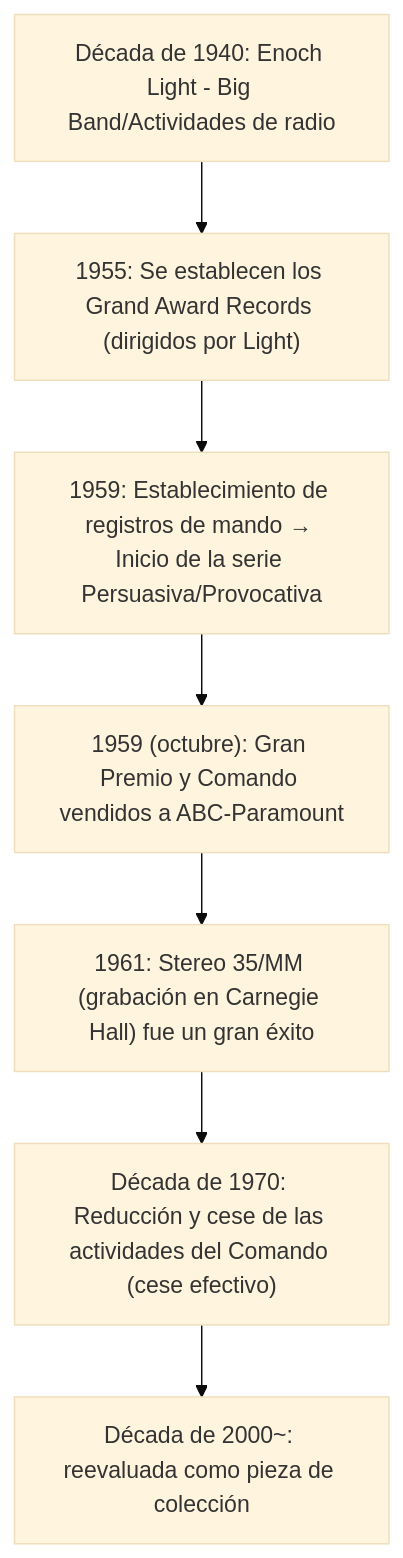
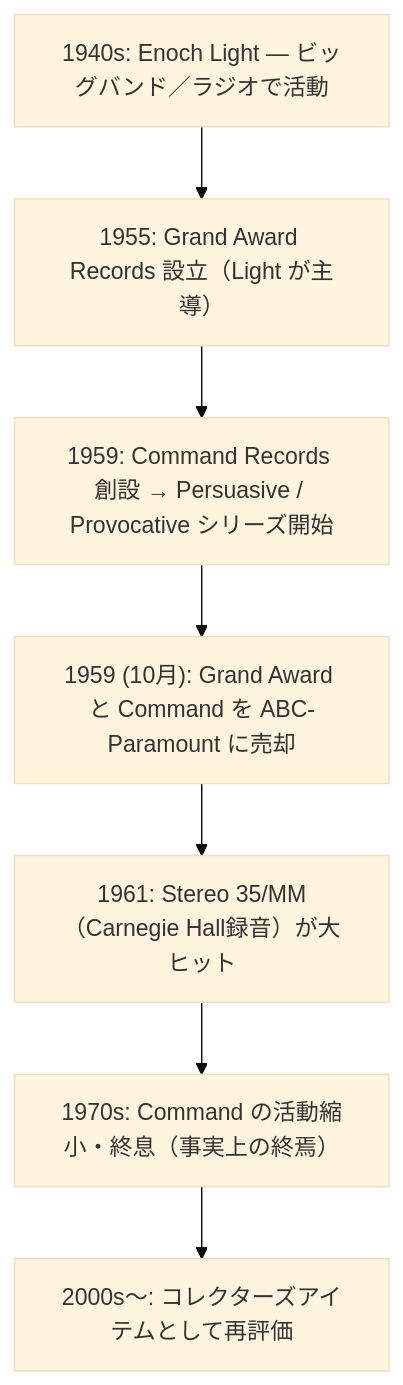
One commit to monumental-movement/monumental-movement.github.io changed the first of 2 diagrams in es/_posts/2025-10-04-Column-Enoch-Light-Command.md. Above: the diagram before and after it, drawn with Mermaid (base theme). The commit also changed other lines of this file and 299 other files, not shown here.

```diff
--- a/es/_posts/2025-10-04-Column-Enoch-Light-Command.md
+++ b/es/_posts/2025-10-04-Column-Enoch-Light-Command.md
@@ -64,13 +64,13 @@
 <div class="mermaid">
 
 flowchart TD
-    A["Década de 1940: Enoch Light - Big Band/Actividades de radio"]
-    B["1955: Se establecen los Grand Award Records (dirigidos por Light)"]
-    C["1959: Establecimiento de registros de mando → Inicio de la serie Persuasiva/Provocativa"]
-    D["1959 (octubre): Gran Premio y Comando vendidos a ABC-Paramount"]
-    E["1961: Stereo 35/MM (grabación en Carnegie Hall) fue un gran éxito"]
-    F["Década de 1970: Reducción y cese de las actividades del Comando (cese efectivo)"]
-    G["Década de 2000~: reevaluada como pieza de colección"]
+    A["1940s: Enoch Light — ビッグバンド／ラジオで活動"]
+    B["1955: Grand Award Records 設立（Light が主導）"]
+    C["1959: Command Records 創設 → Persuasive / Provocative シリーズ開始"]
+    D["1959 (10月): Grand Award と Command を ABC-Paramount に売却"]
+    E["1961: Stereo 35/MM（Carnegie Hall録音）が大ヒット"]
+    F["1970s: Command の活動縮小・終息（事実上の終焉）"]
+    G["2000s〜: コレクターズアイテムとして再評価"]
 
     A --> B --> C --> D --> E --> F --> G
 </div>
```
